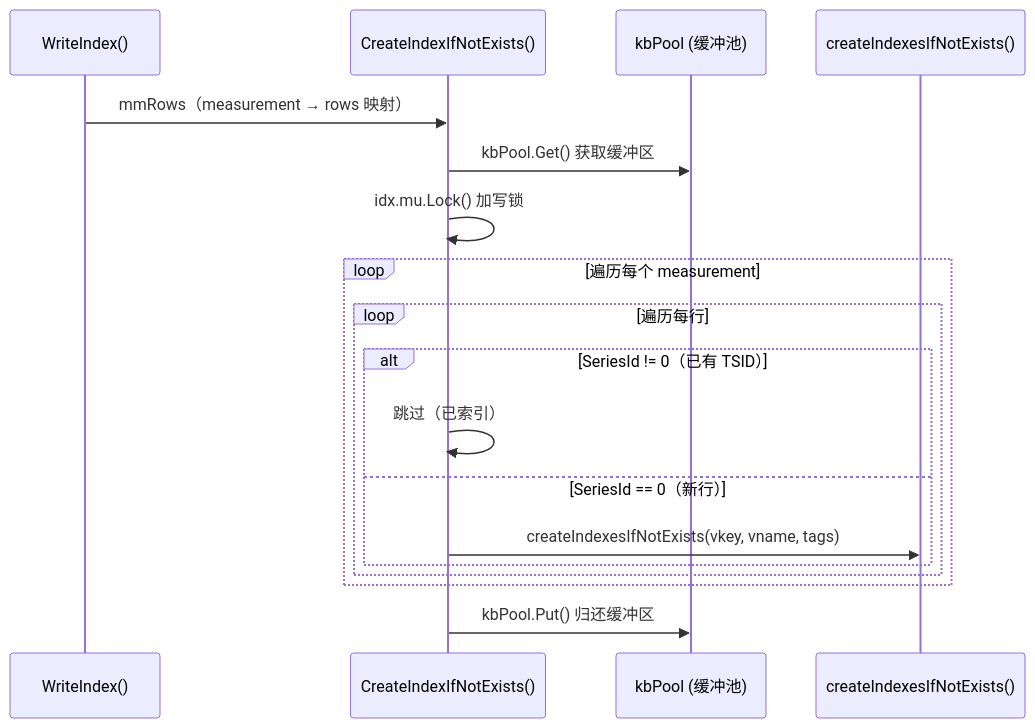
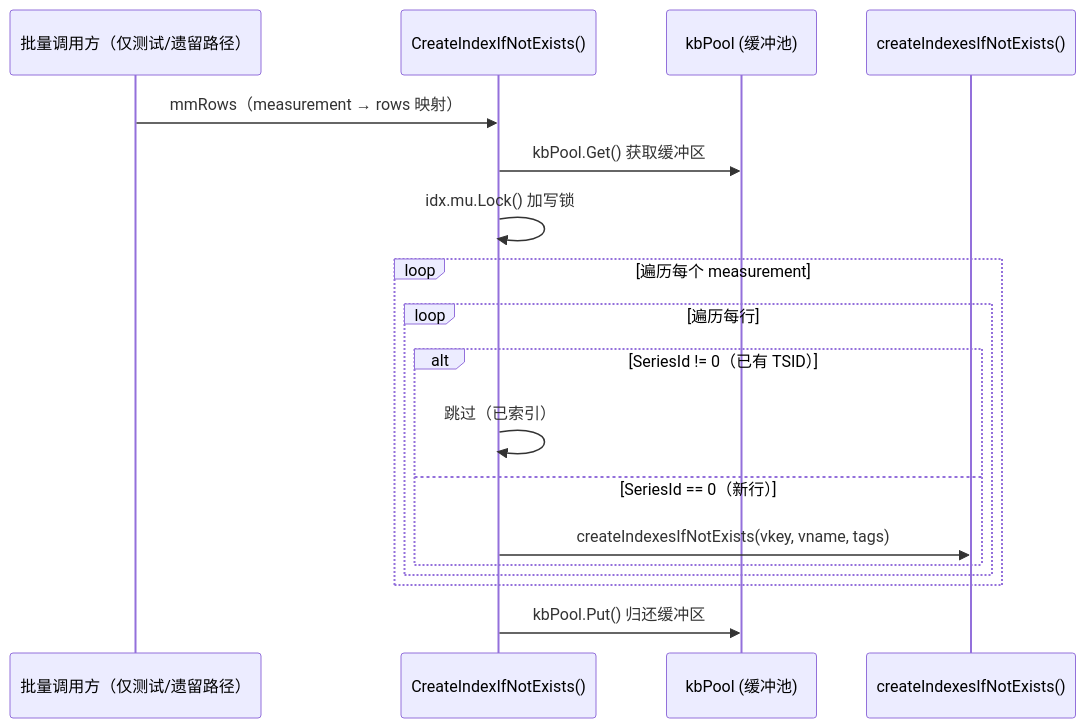
The ninth of 47 diagrams in docs/specs/02_index_system_spec.md (stefanv5/openGemini), drawn with Mermaid before and after one commit. The commit also changed other lines of this file and 37 other files, not shown here.

````diff
--- a/docs/specs/02_index_system_spec.md
+++ b/docs/specs/02_index_system_spec.md
@@ -774,23 +794,23 @@
 ```mermaid
 sequenceDiagram
-    participant Caller as WriteIndex()
+    participant Caller as 批量调用方（仅测试/遗留路径）
     participant CIF as CreateIndexIfNotExists()
     participant Pool as kbPool (缓冲池)
     participant CI as createIndexesIfNotExists()
 
     Caller->>CIF: mmRows（measurement → rows 映射）
     CIF->>Pool: kbPool.Get() 获取缓冲区
     CIF->>CIF: idx.mu.Lock() 加写锁
 
     loop 遍历每个 measurement
         loop 遍历每行
             alt SeriesId != 0（已有 TSID）
                 CIF->>CIF: 跳过（已索引）
             else SeriesId == 0（新行）
                 CIF->>CI: createIndexesIfNotExists(vkey, vname, tags)
             end
         end
     end
 
     CIF->>Pool: kbPool.Put() 归还缓冲区
 ```
````
